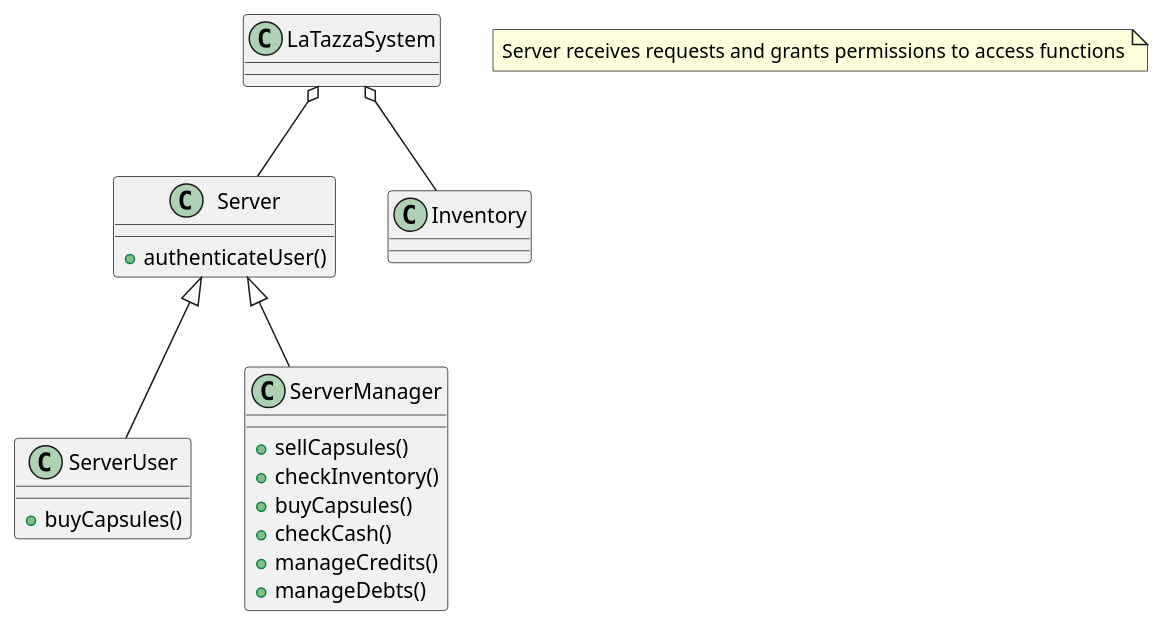
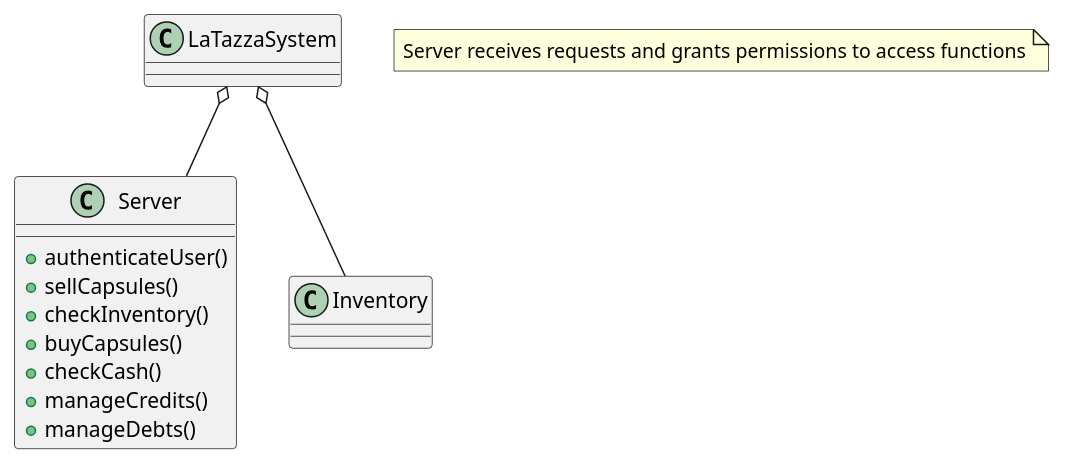
Before and after one commit to SimoneDutto/LaTazza: the fourth of 4 diagrams in templates/RequirementsTemplate.md, drawn with PlantUML. The commit also changed other lines of this file, not shown here.

Commit message:
Remove Credit Card System

````diff
--- a/templates/RequirementsTemplate.md
+++ b/templates/RequirementsTemplate.md
@@ -294,29 +289,22 @@
 ```plantuml
 @startuml
 class LaTazzaSystem{
 }
 class Server{
  +authenticateUser()
-}
-class ServerUser{
- +buyCapsules()
-}
-class ServerManager{
  +sellCapsules()
  +checkInventory()
  +buyCapsules()
  +checkCash()
  +manageCredits()
  +manageDebts()
 }
 class Inventory{
 }
 
 
 LaTazzaSystem o-- Server
 LaTazzaSystem o-- Inventory
-Server <|-- ServerManager
-Server <|-- ServerUser
 note "Server receives requests and grants permissions to access functions" as n
 @enduml
 ```
````
